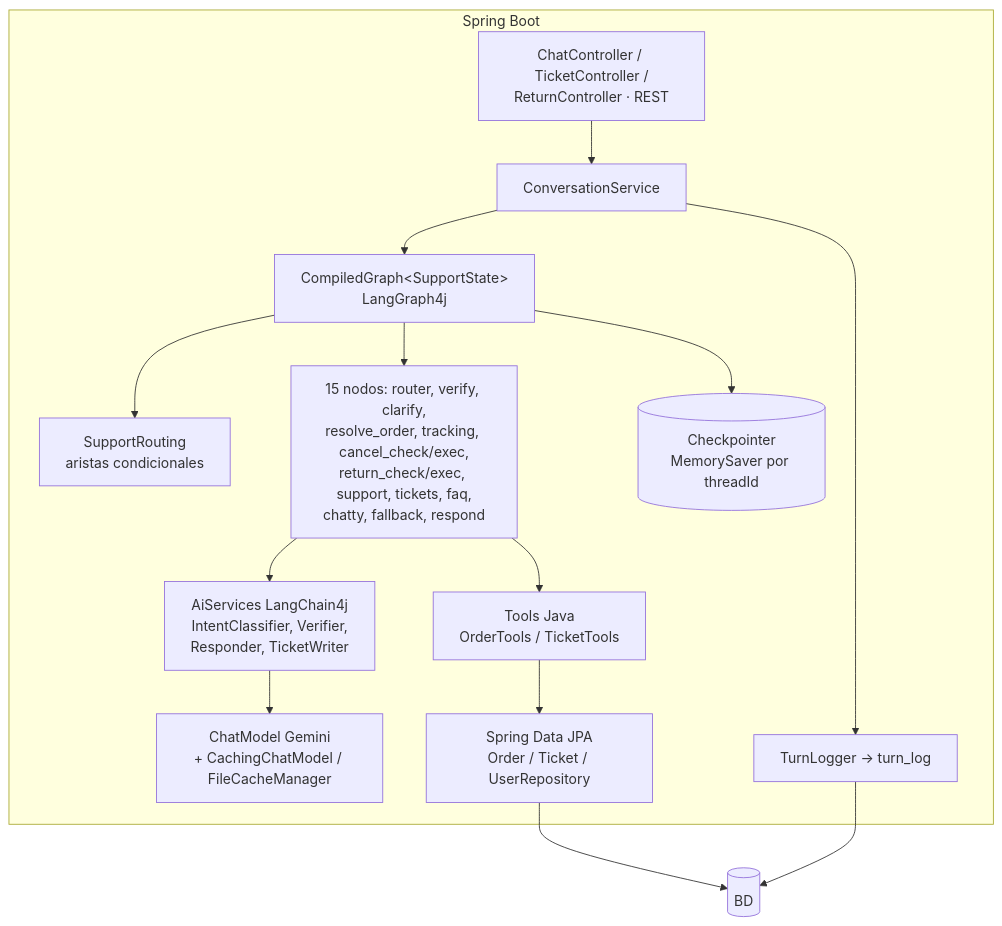
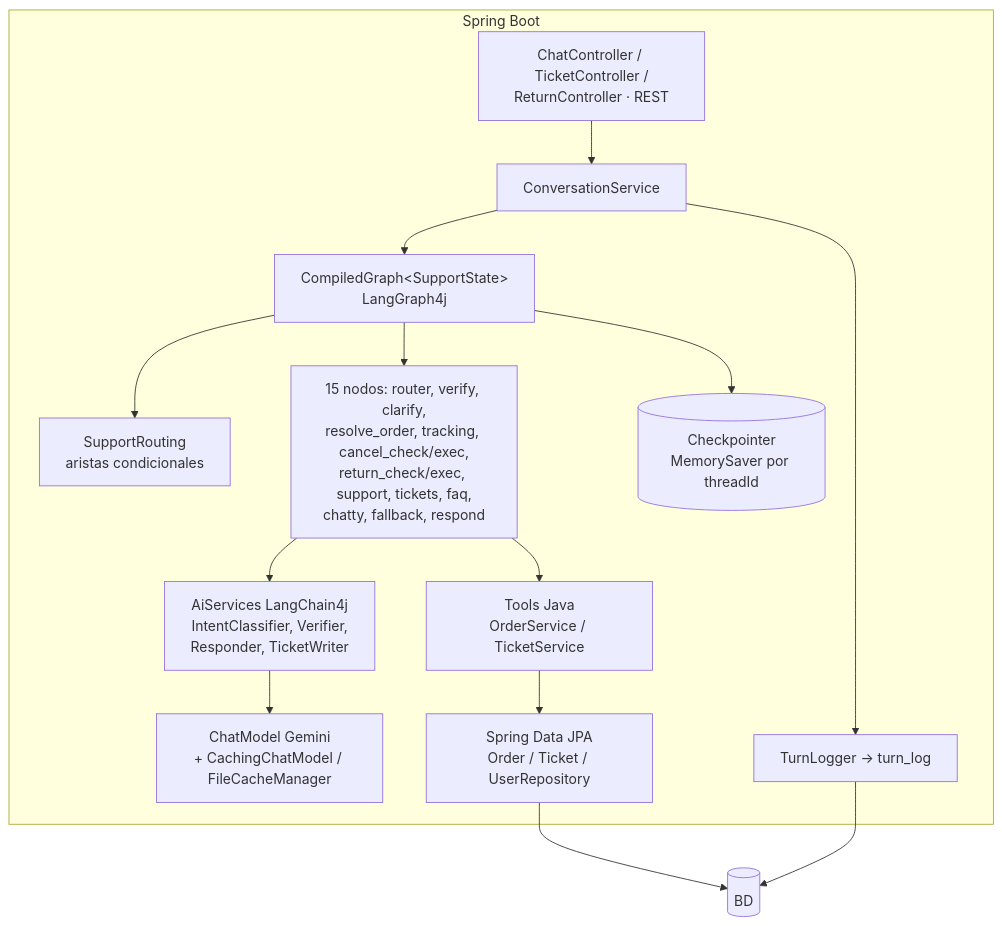
Before and after one commit to mikel0ne/ai-platform-portfolio: the second of 4 diagrams in l1-copilot/docs/arquitectura/02-arquitectura-sistema.md, drawn with Mermaid. The commit also changed other lines of this file and 30 other files, not shown here.

````diff
--- a/l1-copilot/docs/arquitectura/02-arquitectura-sistema.md
+++ b/l1-copilot/docs/arquitectura/02-arquitectura-sistema.md
@@ -20,17 +20,17 @@
 ```mermaid
 graph TB
     subgraph Backend [Spring Boot]
         C[ChatController / TicketController /<br/>ReturnController · REST] --> CS[ConversationService]
         CS --> G[CompiledGraph&lt;SupportState&gt;<br/>LangGraph4j]
         G --> RT[SupportRouting<br/>aristas condicionales]
         G --> ND[15 nodos: router, verify, clarify,<br/>resolve_order, tracking, cancel_check/exec,<br/>return_check/exec, support, tickets, faq,<br/>chatty, fallback, respond]
         ND --> AI[AiServices LangChain4j<br/>IntentClassifier, Verifier,<br/>Responder, TicketWriter]
         AI --> LC[ChatModel Gemini<br/>+ CachingChatModel / FileCacheManager]
-        ND --> T[Tools Java<br/>OrderTools / TicketTools]
+        ND --> T[Tools Java<br/>OrderService / TicketService]
         T --> R[Spring Data JPA<br/>Order / Ticket / UserRepository]
         G --> CP[(Checkpointer<br/>MemorySaver por threadId)]
         CS --> TL[TurnLogger → turn_log]
     end
     R --> DB[(BD)]
     TL --> DB
 ```
````
